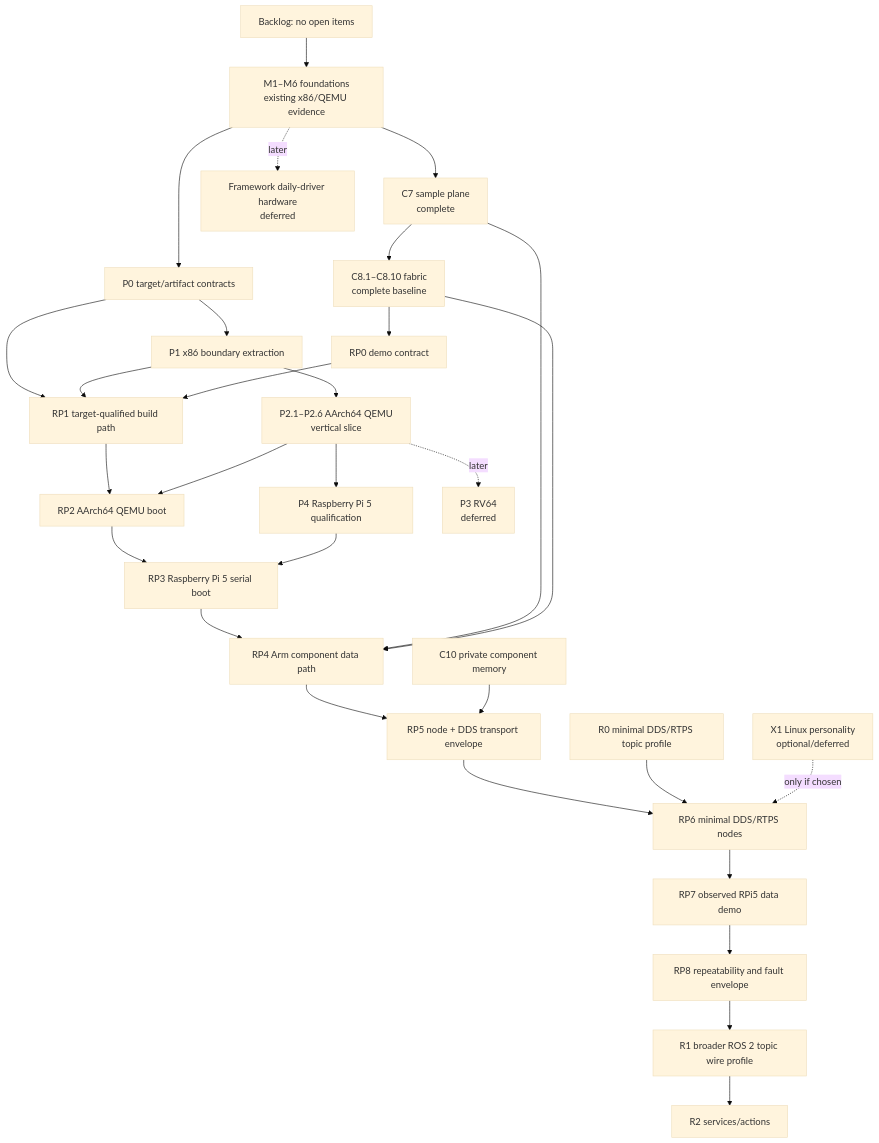
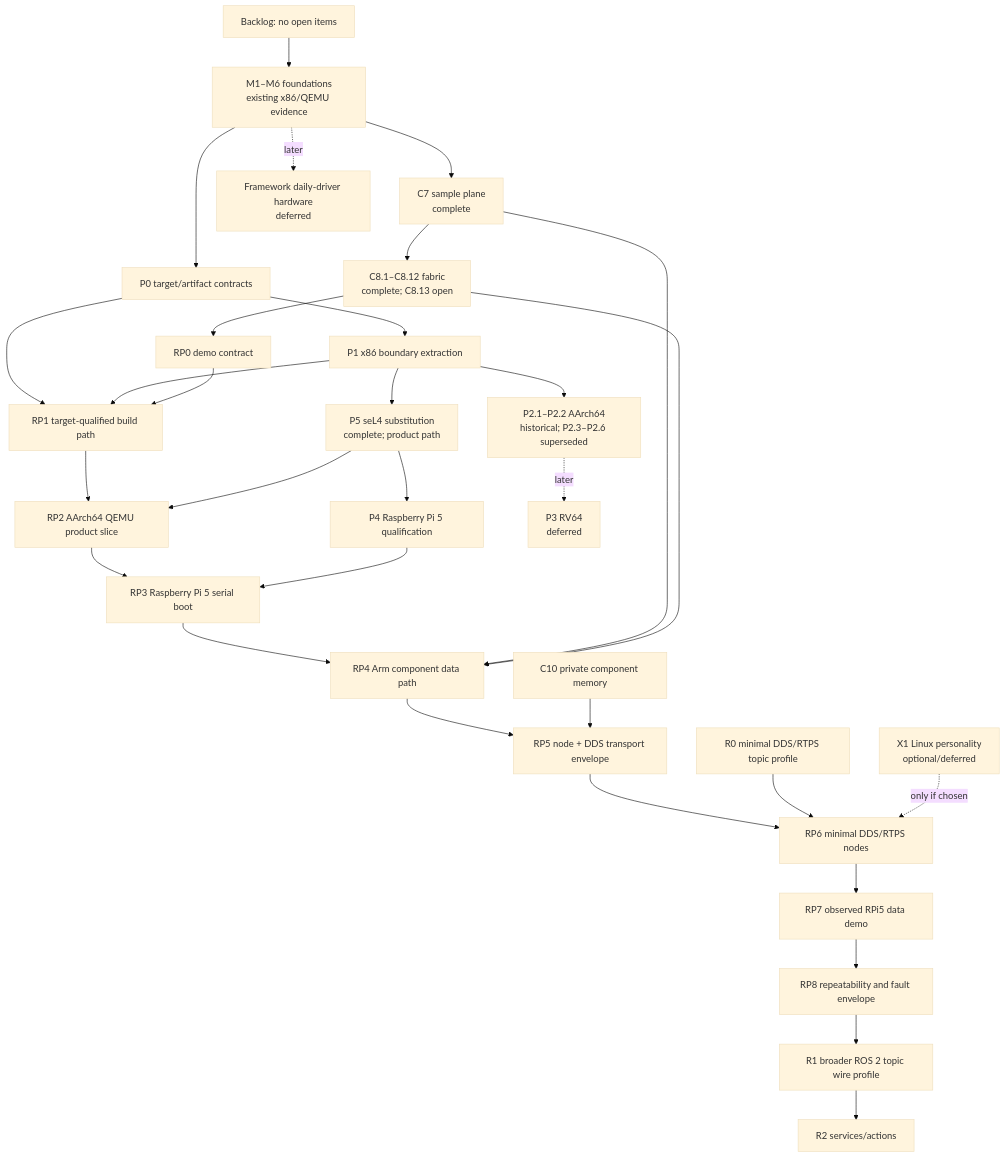
One commit to iceice666/slime_os changed the diagram in roadmap/README.md. Above: the diagram before and after it, drawn with Mermaid (base theme). The commit also changed other lines of this file and 3 other files, not shown here.

````diff
--- a/roadmap/README.md
+++ b/roadmap/README.md
@@ -44,45 +44,47 @@
 ```mermaid
 flowchart TD
     Backlog["Backlog: no open items"]
     Foundations["M1–M6 foundations\nexisting x86/QEMU evidence"]
     C7["C7 sample plane\ncomplete"]
-    C8["C8.1–C8.10 fabric\ncomplete baseline"]
+    C8["C8.1–C8.12 fabric\ncomplete; C8.13 open"]
     P0["P0 target/artifact contracts"]
     P1["P1 x86 boundary extraction"]
-    P2["P2.1–P2.6 AArch64 QEMU\nvertical slice"]
+    P2["P2.1–P2.2 AArch64\nhistorical; P2.3–P2.6 superseded"]
+    P5["P5 seL4 substitution\ncomplete; product path"]
     P4["P4 Raspberry Pi 5 qualification"]
     C10["C10 private component memory"]
     R0["R0 minimal DDS/RTPS topic profile"]
     RP0["RP0 demo contract"]
     RP1["RP1 target-qualified build path"]
-    RP2["RP2 AArch64 QEMU boot"]
+    RP2["RP2 AArch64 QEMU product slice"]
     RP3["RP3 Raspberry Pi 5 serial boot"]
     RP4["RP4 Arm component data path"]
     RP5["RP5 node + DDS transport envelope"]
     RP6["RP6 minimal DDS/RTPS nodes"]
     RP7["RP7 observed RPi5 data demo"]
     RP8["RP8 repeatability and fault envelope"]
     R1["R1 broader ROS 2 topic wire profile"]
     R2["R2 services/actions"]
     Framework["Framework daily-driver hardware\ndeferred"]
     RV64["P3 RV64\ndeferred"]
     X1["X1 Linux personality\noptional/deferred"]
 
     Backlog --> Foundations
     Foundations --> C7 --> C8
-    Foundations --> P0 --> P1 --> P2 --> P4
+    Foundations --> P0 --> P1 --> P5 --> P4
+    P1 --> P2
     C8 --> RP0
     P0 --> RP1
     P1 --> RP1
     RP0 --> RP1 --> RP2 --> RP3 --> RP4 --> RP5 --> RP6 --> RP7 --> RP8
-    P2 --> RP2
+    P5 --> RP2
     P4 --> RP3
     C7 --> RP4
     C8 --> RP4
     C10 --> RP5
     R0 --> RP6
     X1 -.->|only if chosen| RP6
     RP8 --> R1 --> R2
     P2 -.->|later| RV64
     Foundations -.->|later| Framework
 ```
````
